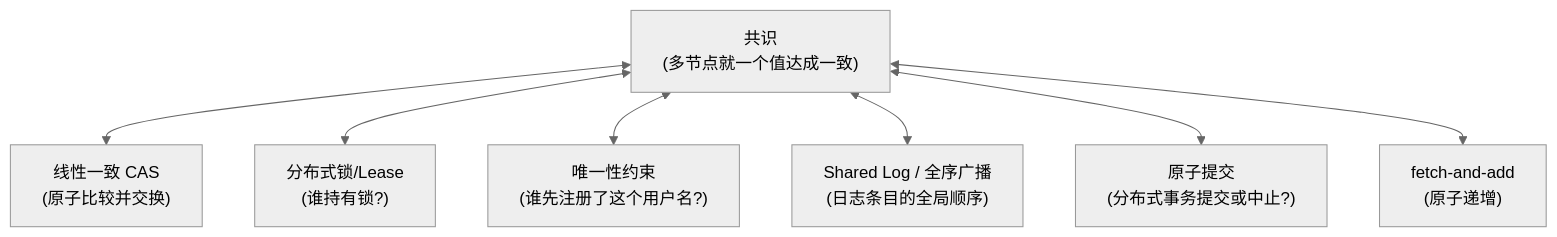
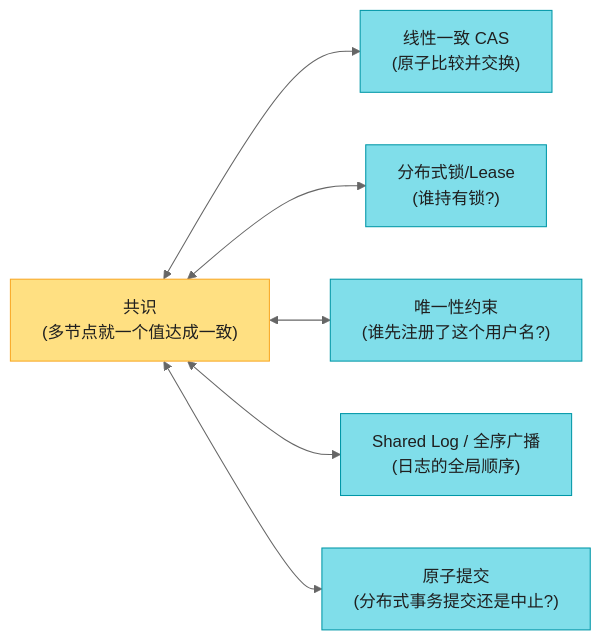
Before and after one commit to socoo123/ddia_2nd: the tenth of 37 diagrams in ch10-一致性与共识.md, drawn with Mermaid (neutral theme). The commit also changed other lines of this file and 5 other files, not shown here.

````diff
--- a/ch10-一致性与共识.md
+++ b/ch10-一致性与共识.md
@@ -259,17 +460,22 @@
 ```mermaid
-graph TD
+flowchart LR
     C["共识<br/>(多节点就一个值达成一致)"]
     CAS["线性一致 CAS<br/>(原子比较并交换)"]
     LOCK["分布式锁/Lease<br/>(谁持有锁?)"]
     UNIQUE["唯一性约束<br/>(谁先注册了这个用户名?)"]
-    LOG["Shared Log / 全序广播<br/>(日志条目的全局顺序)"]
-    ATOMIC["原子提交<br/>(分布式事务提交或中止?)"]
-    FETCH["fetch-and-add<br/>(原子递增)"]
+    LOG["Shared Log / 全序广播<br/>(日志的全局顺序)"]
+    ATOMIC["原子提交<br/>(分布式事务提交还是中止?)"]
 
     C <--> CAS
     C <--> LOCK
     C <--> UNIQUE
     C <--> LOG
     C <--> ATOMIC
-    C <--> FETCH
+
+    style C fill:#FFE082,stroke:#F9A825,color:#1f1f1f
+    style CAS fill:#80DEEA,stroke:#0097A7,color:#1f1f1f
+    style LOCK fill:#80DEEA,stroke:#0097A7,color:#1f1f1f
+    style UNIQUE fill:#80DEEA,stroke:#0097A7,color:#1f1f1f
+    style LOG fill:#80DEEA,stroke:#0097A7,color:#1f1f1f
+    style ATOMIC fill:#80DEEA,stroke:#0097A7,color:#1f1f1f
 ```
````
